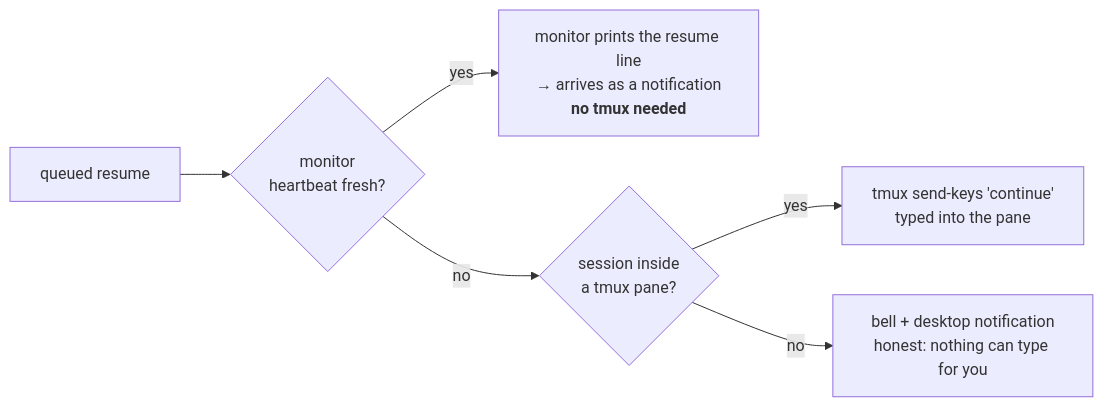
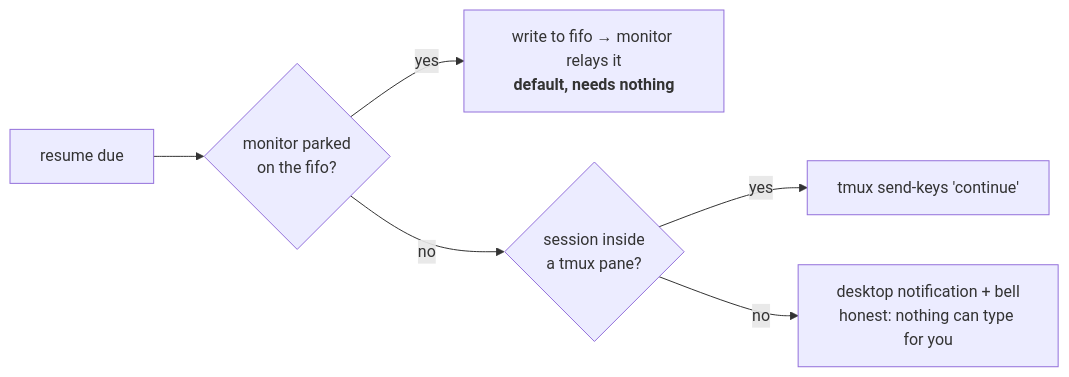
Before and after one commit to fuadnafiz98/claude-watchdog: the third of 4 diagrams in README.md, drawn with Mermaid. The commit also changed other lines of this file and 4 other files, not shown here.

````diff
--- a/README.md
+++ b/README.md
@@ -94,8 +108,8 @@
 ```mermaid
 flowchart LR
-    Q[queued resume] --> M{monitor<br/>heartbeat fresh?}
-    M -->|yes| MON["monitor prints the resume line<br/>→ arrives as a notification<br/><b>no tmux needed</b>"]
+    D[resume due] --> M{monitor parked<br/>on the fifo?}
+    M -->|yes| MON["write to fifo → monitor relays it<br/><b>default, needs nothing</b>"]
     M -->|no| T{session inside<br/>a tmux pane?}
-    T -->|yes| TMUX["tmux send-keys 'continue'<br/>typed into the pane"]
-    T -->|no| N["bell + desktop notification<br/>honest: nothing can type for you"]
+    T -->|yes| TMUX["tmux send-keys 'continue'"]
+    T -->|no| N["desktop notification + bell<br/>honest: nothing can type for you"]
 ```
````
